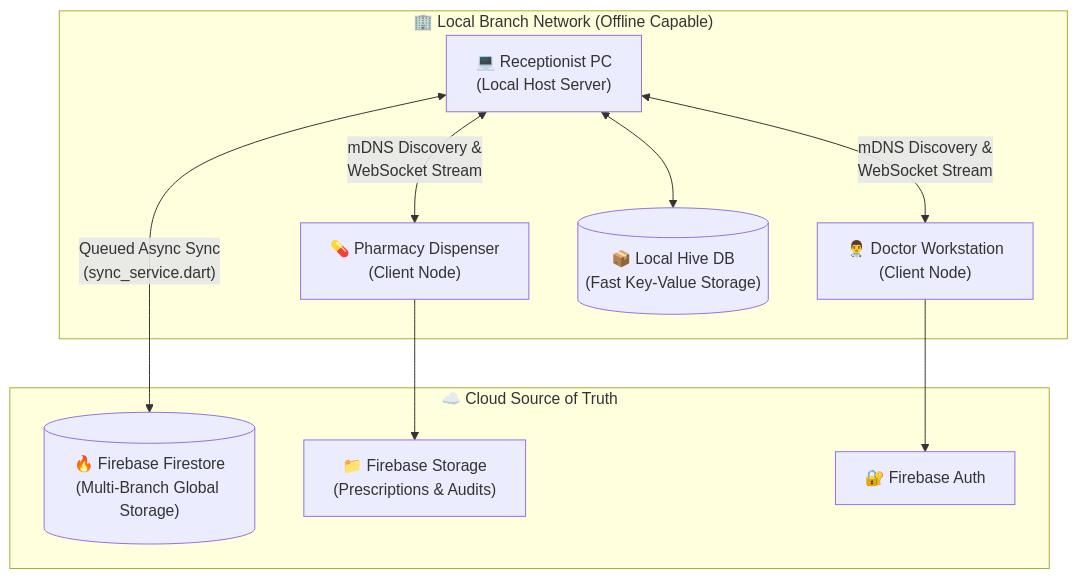
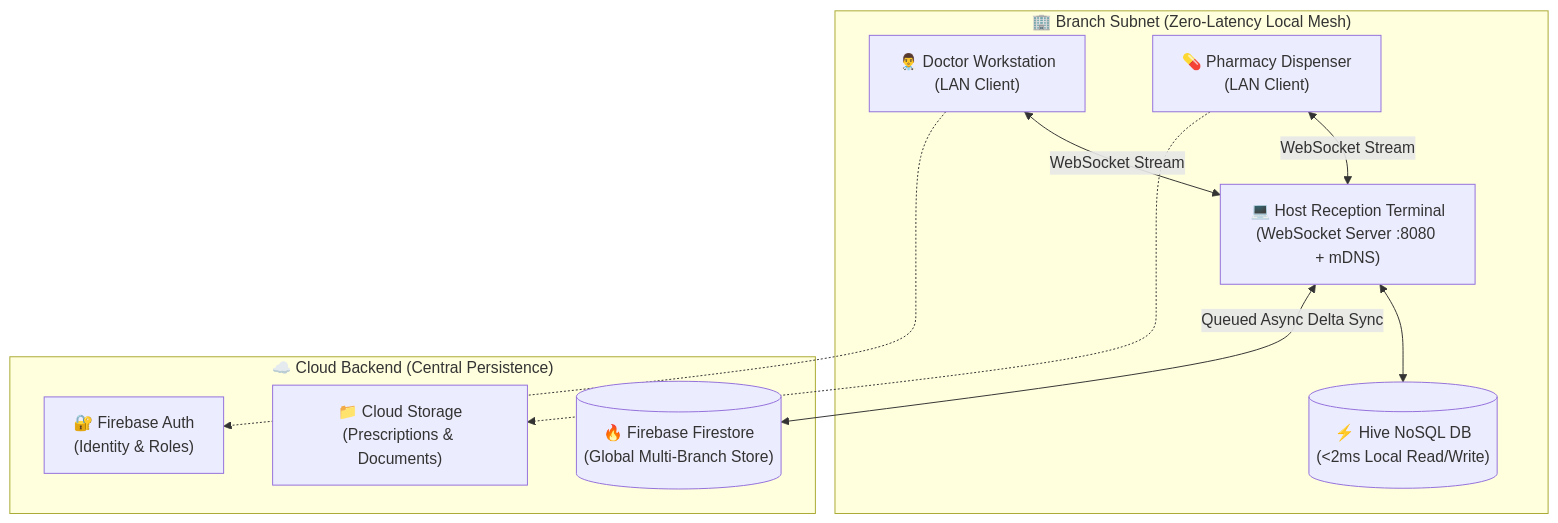
The first of 2 diagrams in README.md (gmwf-1122/GMWF), drawn with Mermaid before and after one commit. The commit also changed other lines of this file, not shown here.

Commit message:
docs: redesign README with concise layout, updated architecture, and v1.4.4 specs

````diff
--- a/README.md
+++ b/README.md
@@ -36,24 +48,23 @@
 ```mermaid
-flowchart TD
-    subgraph Branch_LAN["🏢 Local Branch Network (Offline Capable)"]
-        node1["💻 Receptionist PC\n(Local Host Server)"]
-        node2["👨‍⚕️ Doctor Workstation\n(Client Node)"]
-        node3["💊 Pharmacy Dispenser\n(Client Node)"]
-        
-        node1 <-->|"mDNS Discovery &\nWebSocket Stream"| node2
-        node1 <-->|"mDNS Discovery &\nWebSocket Stream"| node3
-        
-        hive1[("📦 Local Hive DB\n(Fast Key-Value Storage)")]
-        node1 <--> hive1
+flowchart TB
+    subgraph LAN["🏢 Branch Subnet (Zero-Latency Local Mesh)"]
+        ServerNode["💻 Host Reception Terminal\n(WebSocket Server :8080 + mDNS)"]
+        DoctorNode["👨‍⚕️ Doctor Workstation\n(LAN Client)"]
+        PharmaNode["💊 Pharmacy Dispenser\n(LAN Client)"]
+        LocalHive[("⚡ Hive NoSQL DB\n(<2ms Local Read/Write)")]
+
+        DoctorNode <-->|"WebSocket Stream"| ServerNode
+        PharmaNode <-->|"WebSocket Stream"| ServerNode
+        ServerNode <--> LocalHive
     end
 
-    subgraph Cloud_Backend["☁️ Cloud Source of Truth"]
-        firestore[("🔥 Firebase Firestore\n(Multi-Branch Global Storage)")]
-        storage["📁 Firebase Storage\n(Prescriptions & Audits)"]
-        auth["🔐 Firebase Auth"]
+    subgraph Cloud["☁️ Cloud Backend (Central Persistence)"]
+        Firestore[("🔥 Firebase Firestore\n(Global Multi-Branch Store)")]
+        Storage["📁 Cloud Storage\n(Prescriptions & Documents)"]
+        Auth["🔐 Firebase Auth\n(Identity & Roles)"]
     end
 
-    node1 <-->|"Queued Async Sync\n(sync_service.dart)"| firestore
-    node2 --> auth
-    node3 --> storage
+    ServerNode <-->|"Queued Async Delta Sync"| Firestore
+    DoctorNode -.-> Auth
+    PharmaNode -.-> Storage
 ```
````
